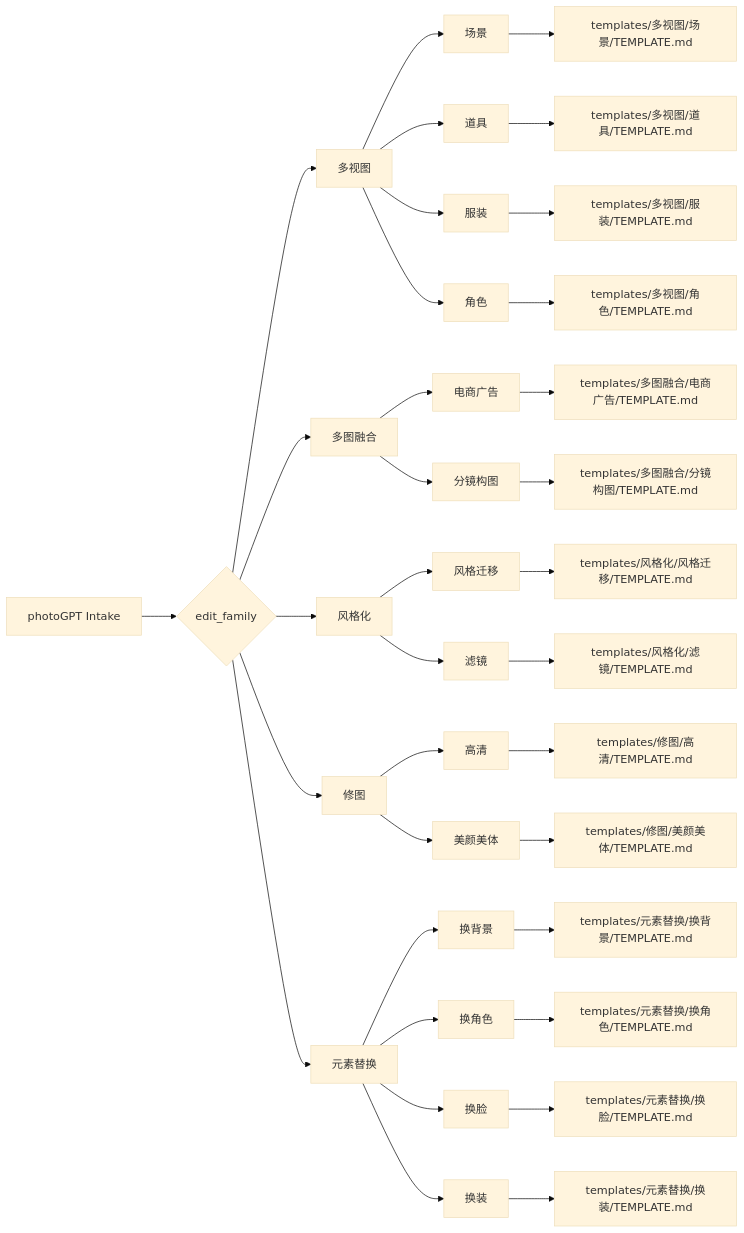
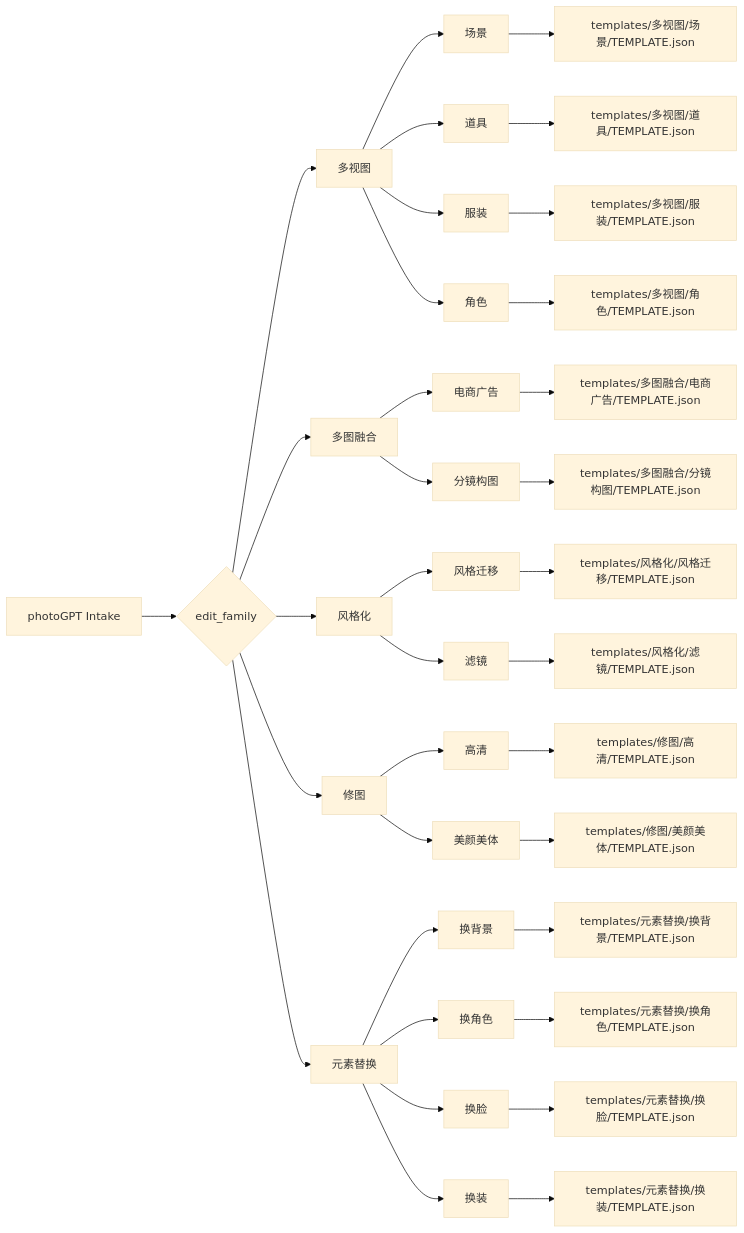
Before and after one commit to ZEN-VOID/AI-CUT: the diagram in .agents/skills/photoGPT/types/type-map.md, drawn with Mermaid (base theme). The commit also changed other lines of this file and 118 other files, not shown here.

````diff
--- a/.agents/skills/photoGPT/types/type-map.md
+++ b/.agents/skills/photoGPT/types/type-map.md
@@ -7,37 +7,37 @@
 ```mermaid
 flowchart LR
     A["photoGPT Intake"] --> B{"edit_family"}
     B --> C["多视图"]
     C --> C1["场景"]
     C --> C2["道具"]
     C --> C3["服装"]
     C --> C4["角色"]
     B --> D["多图融合"]
     D --> D1["电商广告"]
     D --> D2["分镜构图"]
     B --> E["风格化"]
     E --> E1["风格迁移"]
     E --> E2["滤镜"]
     B --> F["修图"]
     F --> F1["高清"]
     F --> F2["美颜美体"]
     B --> G["元素替换"]
     G --> G1["换背景"]
     G --> G2["换角色"]
     G --> G3["换脸"]
     G --> G4["换装"]
-    C1 --> H["templates/多视图/场景/TEMPLATE.md"]
-    C2 --> I["templates/多视图/道具/TEMPLATE.md"]
-    C3 --> J["templates/多视图/服装/TEMPLATE.md"]
-    C4 --> K["templates/多视图/角色/TEMPLATE.md"]
-    D1 --> L["templates/多图融合/电商广告/TEMPLATE.md"]
-    D2 --> M["templates/多图融合/分镜构图/TEMPLATE.md"]
-    E1 --> N["templates/风格化/风格迁移/TEMPLATE.md"]
-    E2 --> O["templates/风格化/滤镜/TEMPLATE.md"]
-    F1 --> P["templates/修图/高清/TEMPLATE.md"]
-    F2 --> Q["templates/修图/美颜美体/TEMPLATE.md"]
-    G1 --> R["templates/元素替换/换背景/TEMPLATE.md"]
-    G2 --> S["templates/元素替换/换角色/TEMPLATE.md"]
-    G3 --> T["templates/元素替换/换脸/TEMPLATE.md"]
-    G4 --> U["templates/元素替换/换装/TEMPLATE.md"]
+    C1 --> H["templates/多视图/场景/TEMPLATE.json"]
+    C2 --> I["templates/多视图/道具/TEMPLATE.json"]
+    C3 --> J["templates/多视图/服装/TEMPLATE.json"]
+    C4 --> K["templates/多视图/角色/TEMPLATE.json"]
+    D1 --> L["templates/多图融合/电商广告/TEMPLATE.json"]
+    D2 --> M["templates/多图融合/分镜构图/TEMPLATE.json"]
+    E1 --> N["templates/风格化/风格迁移/TEMPLATE.json"]
+    E2 --> O["templates/风格化/滤镜/TEMPLATE.json"]
+    F1 --> P["templates/修图/高清/TEMPLATE.json"]
+    F2 --> Q["templates/修图/美颜美体/TEMPLATE.json"]
+    G1 --> R["templates/元素替换/换背景/TEMPLATE.json"]
+    G2 --> S["templates/元素替换/换角色/TEMPLATE.json"]
+    G3 --> T["templates/元素替换/换脸/TEMPLATE.json"]
+    G4 --> U["templates/元素替换/换装/TEMPLATE.json"]
 ```
````
